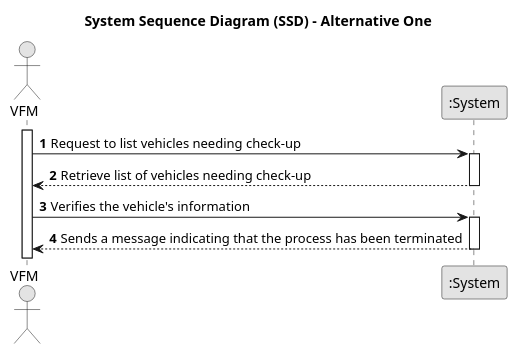
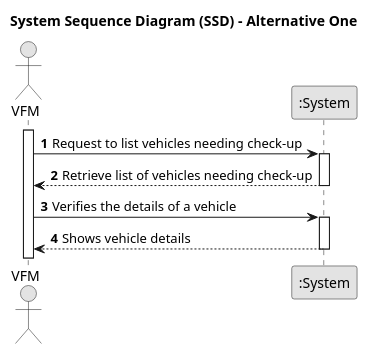
One commit to Departamento-de-Engenharia-Informatica/lei-24-s2-1df-1de-g063 changed the diagram in Sprint B/docs/SprintB/us008/01.requirements-engineering/puml/us008-system-sequence-diagram-alternative-one.puml. Above: the diagram before and after it, drawn with PlantUML. The commit also changed 8 other files, not shown here.

Commit message:
US8 Design sequence diagram

```diff
--- a/Sprint B/docs/SprintB/us008/01.requirements-engineering/puml/us008-system-sequence-diagram-alternative-one.puml
+++ b/Sprint B/docs/SprintB/us008/01.requirements-engineering/puml/us008-system-sequence-diagram-alternative-one.puml
@@ -1,26 +1,26 @@
 @startuml
 skinparam monochrome true
 skinparam packageStyle rectangle
 skinparam shadowing false
 
 title System Sequence Diagram (SSD) - Alternative One
 
 autonumber
 
 actor "VFM" as Employee
 participant ":System" as System
 
 activate Employee
 
     Employee -> System : Request to list vehicles needing check-up
     activate System
 
         System --> Employee : Retrieve list of vehicles needing check-up
     deactivate System
 
-    Employee -> System : Verifies the vehicle's information
+    Employee -> System : Verifies the details of a vehicle
     activate System
 
-        System --> Employee : Sends a message indicating that the process has been terminated
+        System --> Employee : Shows vehicle details
     deactivate System
 @enduml
```
